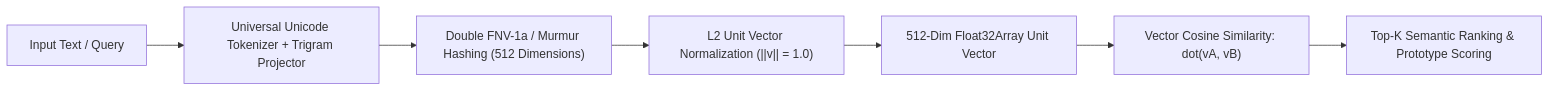
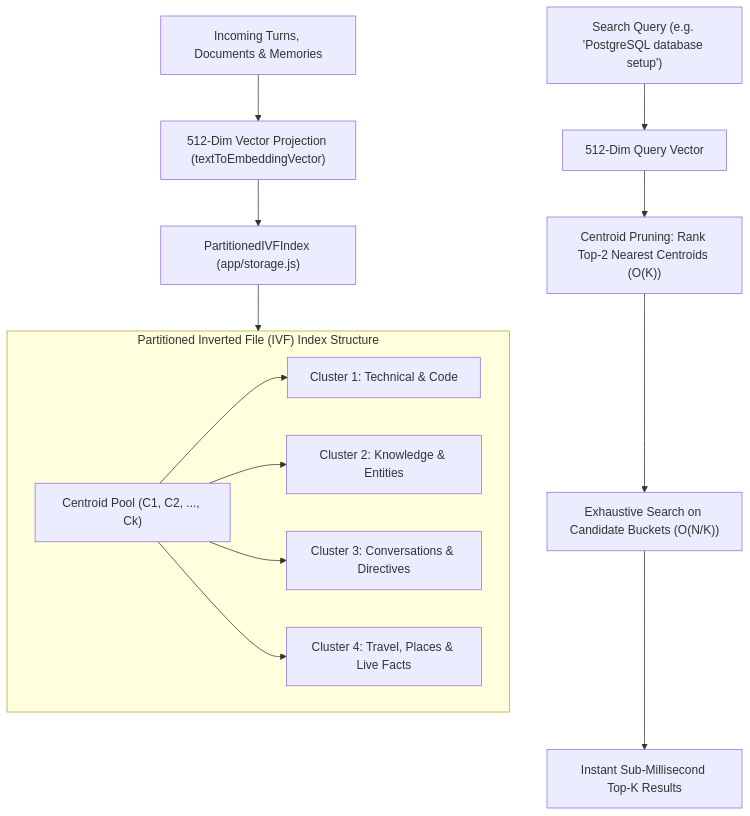
Before and after one commit to PrithvirajuVenkataraman/JARVIS: the second of 5 diagrams in SYSTEM_DESIGN.md, drawn with Mermaid. The commit also changed other lines of this file, not shown here.

````diff
--- a/SYSTEM_DESIGN.md
+++ b/SYSTEM_DESIGN.md
@@ -56,9 +56,24 @@
 ```mermaid
-flowchart LR
-    Input["Input Text / Query"] --> Tokenizer["Universal Unicode Tokenizer + Trigram Projector"]
-    Tokenizer --> Hasher["Double FNV-1a / Murmur Hashing (512 Dimensions)"]
-    Hasher --> Normalizer["L2 Unit Vector Normalization (||v|| = 1.0)"]
-    Normalizer --> DenseVector["512-Dim Float32Array Unit Vector"]
-    DenseVector --> CosineMetric["Vector Cosine Similarity: dot(vA, vB)"]
-    CosineMetric --> SemanticRank["Top-K Semantic Ranking & Prototype Scoring"]
+flowchart TD
+    DocStream["Incoming Turns, Documents & Memories"] --> Embedding["512-Dim Vector Projection (textToEmbeddingVector)"]
+    Embedding --> IVFIndex["PartitionedIVFIndex (app/storage.js)"]
+    
+    subgraph IVFStructure["Partitioned Inverted File (IVF) Index Structure"]
+        CentroidPool["Centroid Pool (C1, C2, ..., Ck)"]
+        Bucket1["Cluster 1: Technical & Code"]
+        Bucket2["Cluster 2: Knowledge & Entities"]
+        Bucket3["Cluster 3: Conversations & Directives"]
+        Bucket4["Cluster 4: Travel, Places & Live Facts"]
+        CentroidPool --> Bucket1
+        CentroidPool --> Bucket2
+        CentroidPool --> Bucket3
+        CentroidPool --> Bucket4
+    end
+
+    IVFIndex --> IVFStructure
+    
+    Query["Search Query (e.g. 'PostgreSQL database setup')"] --> QueryVec["512-Dim Query Vector"]
+    QueryVec --> CentroidMatch["Centroid Pruning: Rank Top-2 Nearest Centroids (O(K))"]
+    CentroidMatch --> CandidateSearch["Exhaustive Search on Candidate Buckets (O(N/K))"]
+    CandidateSearch --> TopK["Instant Sub-Millisecond Top-K Results"]
 ```
````
